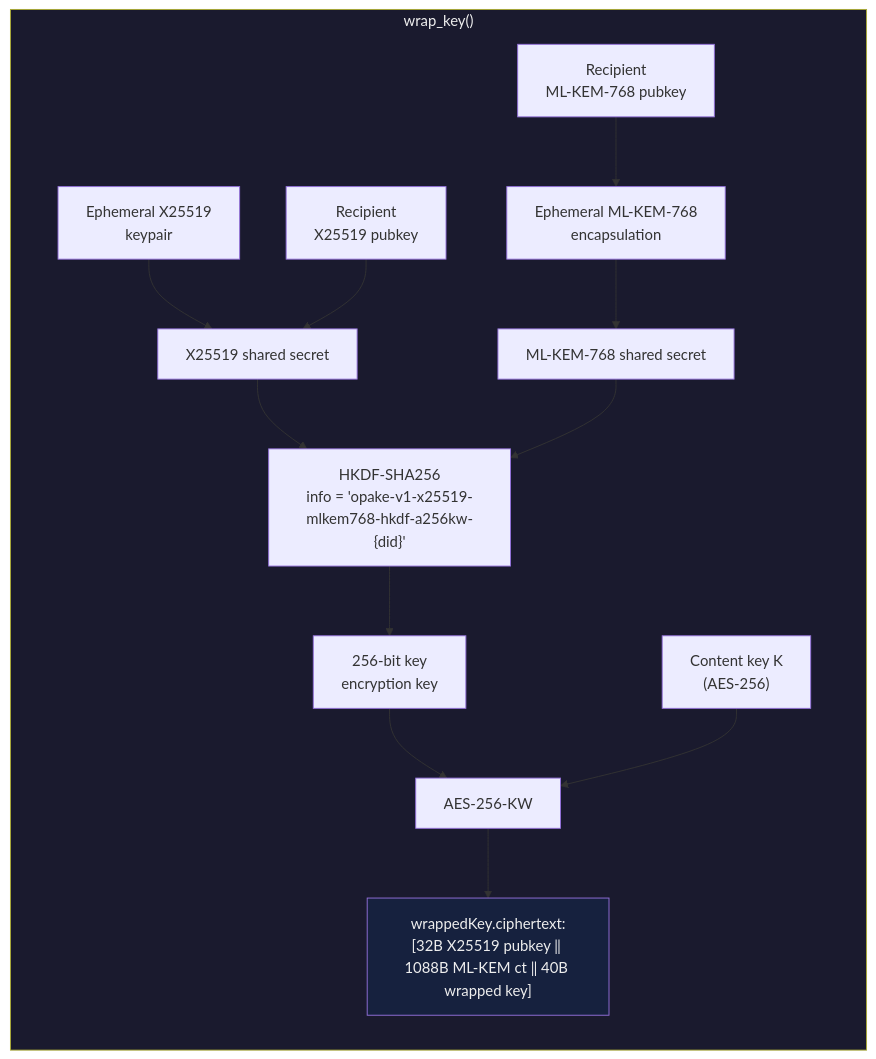
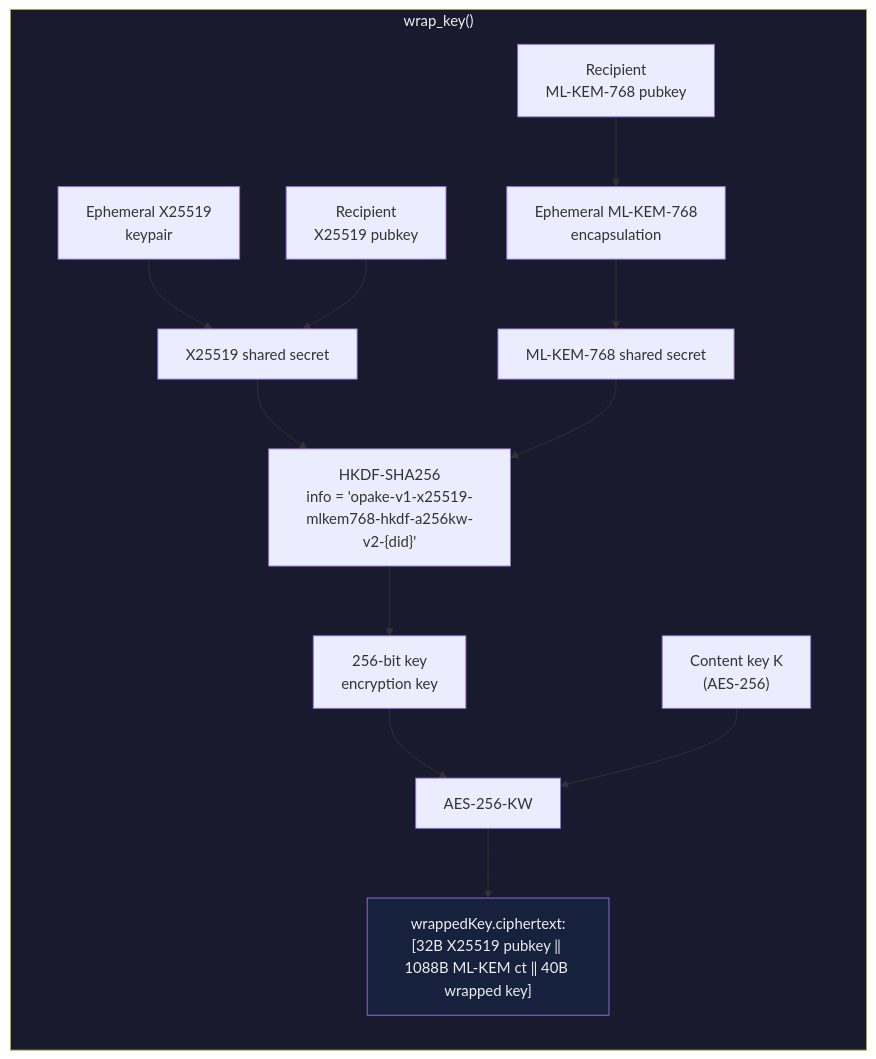
The first of 3 diagrams in docs/flows/crypto.md (Sans-Self/Opake), drawn with Mermaid before and after one commit. The commit also changed other lines of this file and 48 other files, not shown here.

````diff
--- a/docs/flows/crypto.md
+++ b/docs/flows/crypto.md
@@ -7,23 +7,23 @@
 ```mermaid
 flowchart LR
     subgraph Wrap ["wrap_key()"]
         direction TB
         EphX["Ephemeral X25519<br/>keypair"] --> ECDH
         RecipX["Recipient<br/>X25519 pubkey"] --> ECDH
         ECDH["X25519 shared secret"] --> HKDF
 
         EphML["Ephemeral ML-KEM-768<br/>encapsulation"] --> MLSec
         RecipML["Recipient<br/>ML-KEM-768 pubkey"] --> EphML
         MLSec["ML-KEM-768 shared secret"] --> HKDF
 
-        HKDF["HKDF-SHA256<br/>info = 'opake-v1-x25519-mlkem768-hkdf-a256kw-{did}'"] --> KEK
+        HKDF["HKDF-SHA256<br/>info = 'opake-v1-x25519-mlkem768-hkdf-a256kw-v2-{did}'"] --> KEK
         KEK["256-bit key<br/>encryption key"] --> AESKW
         ContentKey["Content key K<br/>(AES-256)"] --> AESKW
         AESKW["AES-256-KW"] --> Ciphertext
     end
 
     Ciphertext["wrappedKey.ciphertext:<br/>[32B X25519 pubkey ‖ 1088B ML-KEM ct ‖ 40B wrapped key]"]
 
     style Wrap fill:#1a1a2e,color:#eee
     style Ciphertext fill:#16213e,color:#eee
 ```
````
